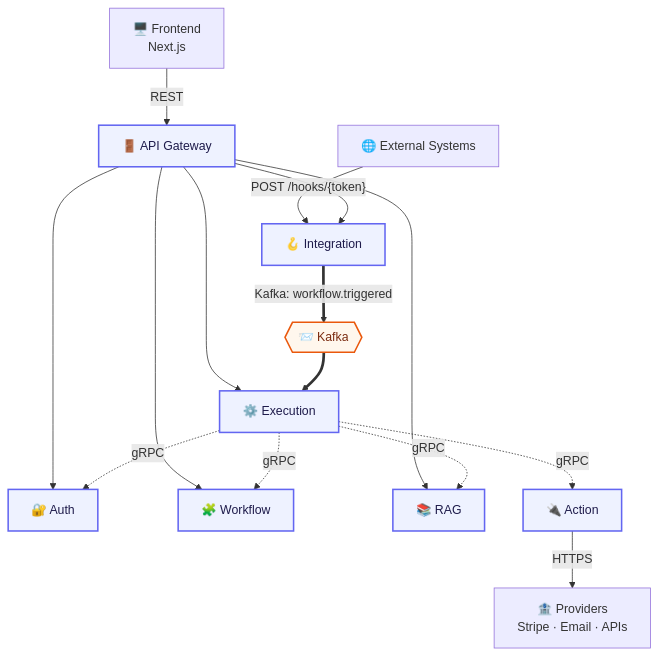
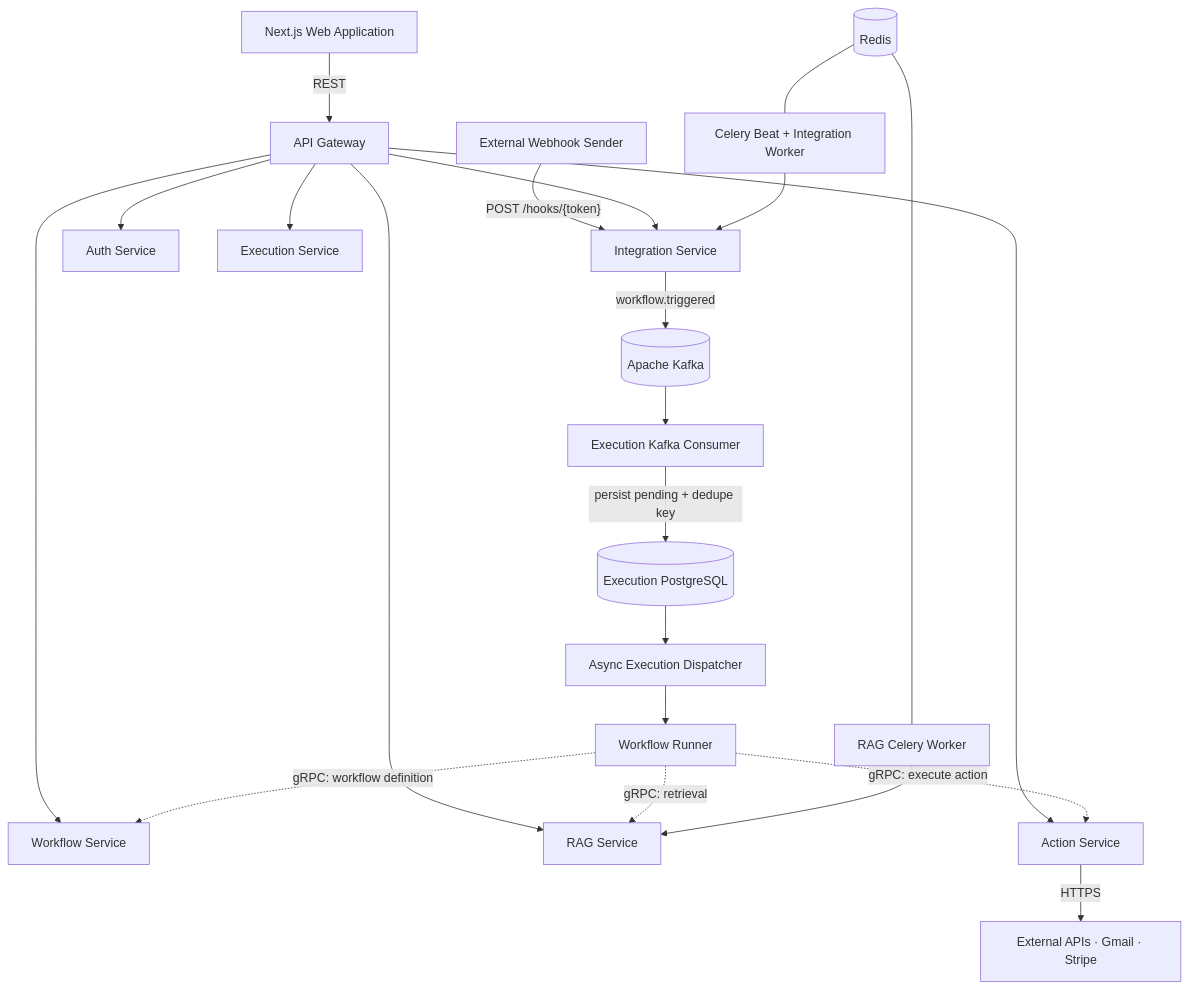
Before and after one commit to shaad4/relay-workflow-automation: the first of 4 diagrams in README.md, drawn with Mermaid. The commit also changed other lines of this file, not shown here.

Commit message:
docs: update README to enhance clarity and detail on Relay's capabilities and architecture

````diff
--- a/README.md
+++ b/README.md
@@ -46,26 +49,28 @@
 ```mermaid
 flowchart TB
-    FE["🖥️ Frontend<br/>Next.js"] -->|REST| GW["🚪 API Gateway"]
-    EXT["🌐 External Systems"] -->|"POST /hooks/{token}"| INT
+    User["Next.js Web Application"] -->|REST| GW["API Gateway"]
+    External["External Webhook Sender"] -->|"POST /hooks/{token}"| INT["Integration Service"]
 
-    GW --> AUTH["🔐 Auth"]
-    GW --> WF["🧩 Workflow"]
-    GW --> INT["🪝 Integration"]
-    GW --> RAG["📚 RAG"]
-    GW --> EXE["⚙️ Execution"]
+    GW --> AUTH["Auth Service"]
+    GW --> WF["Workflow Service"]
+    GW --> INT
+    GW --> EXE["Execution Service"]
+    GW --> RAG["RAG Service"]
+    GW --> ACT["Action Service"]
 
-    INT ==>|"Kafka: workflow.triggered"| K{{"📨 Kafka"}}
-    K ==> EXE
+    INT -->|workflow.triggered| K[(Apache Kafka)]
+    K --> CONS["Execution Kafka Consumer"]
+    CONS -->|persist pending + dedupe key| DB[(Execution PostgreSQL)]
+    DB --> DISP["Async Execution Dispatcher"]
+    DISP --> RUN["Workflow Runner"]
 
-    EXE -.->|gRPC| WF
-    EXE -.->|gRPC| RAG
-    EXE -.->|gRPC| ACT["🔌 Action"]
-    EXE -.->|gRPC| AUTH
+    RUN -.->|gRPC: workflow definition| WF
+    RUN -.->|gRPC: retrieval| RAG
+    RUN -.->|gRPC: execute action| ACT
+    ACT -->|HTTPS| PROVIDERS["External APIs · Gmail · Stripe"]
 
-    ACT -->|HTTPS| PROV["🏦 Providers<br/>Stripe · Email · APIs"]
-
-    classDef svc fill:#eef2ff,stroke:#6366f1,stroke-width:2px,color:#1e1b4b;
-    classDef bus fill:#fff7ed,stroke:#ea580c,stroke-width:2px,color:#7c2d12;
-    class GW,AUTH,WF,INT,RAG,EXE,ACT svc;
-    class K bus;
+    BEAT["Celery Beat + Integration Worker"] --> INT
+    RWORK["RAG Celery Worker"] --> RAG
+    REDIS[(Redis)] --- BEAT
+    REDIS --- RWORK
 ```
````
